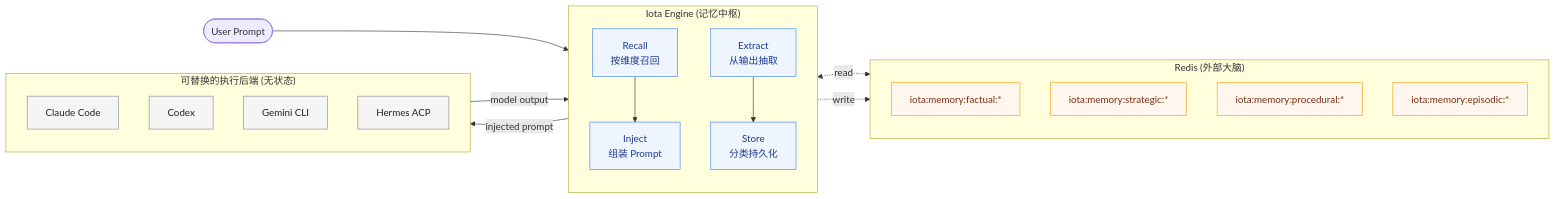
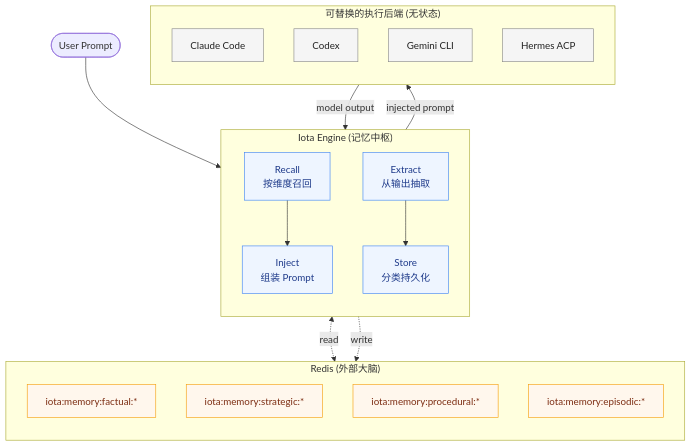
One commit to feuyeux/iota changed the first of 2 diagrams in docs/guides/12-iota-memory.md. Above: the diagram before and after it, drawn with Mermaid.

````diff
--- a/docs/guides/12-iota-memory.md
+++ b/docs/guides/12-iota-memory.md
@@ -60,44 +60,44 @@
 ```mermaid
-flowchart LR
+flowchart TD
   User([User Prompt])
 
   subgraph Engine["Iota Engine (记忆中枢)"]
     direction TB
     Recall["Recall<br/>按维度召回"]
     Inject["Inject<br/>组装 Prompt"]
     Extract["Extract<br/>从输出抽取"]
     Store["Store<br/>分类持久化"]
   end
 
   subgraph Backends["可替换的执行后端 (无状态)"]
     direction TB
     CC["Claude Code"]
     CX["Codex"]
     GM["Gemini CLI"]
     HM["Hermes ACP"]
   end
 
   subgraph Redis["Redis (外部大脑)"]
     direction TB
     F["iota:memory:factual:*"]
     S["iota:memory:strategic:*"]
     P["iota:memory:procedural:*"]
     E["iota:memory:episodic:*"]
   end
 
   User --> Recall
   Recall --> Inject
   Inject -->|injected prompt| Backends
   Backends -->|model output| Extract
   Extract --> Store
 
   Recall <-.read.-> Redis
   Store  -.write.-> Redis
 
   classDef eng fill:#eef5ff,stroke:#3b82f6,color:#1e3a8a;
   classDef be  fill:#f5f5f5,stroke:#888,color:#222;
   classDef rd  fill:#fff7ed,stroke:#f59e0b,color:#7c2d12;
   class Recall,Inject,Extract,Store eng;
   class CC,CX,GM,HM be;
   class F,S,P,E rd;
 ```
````
